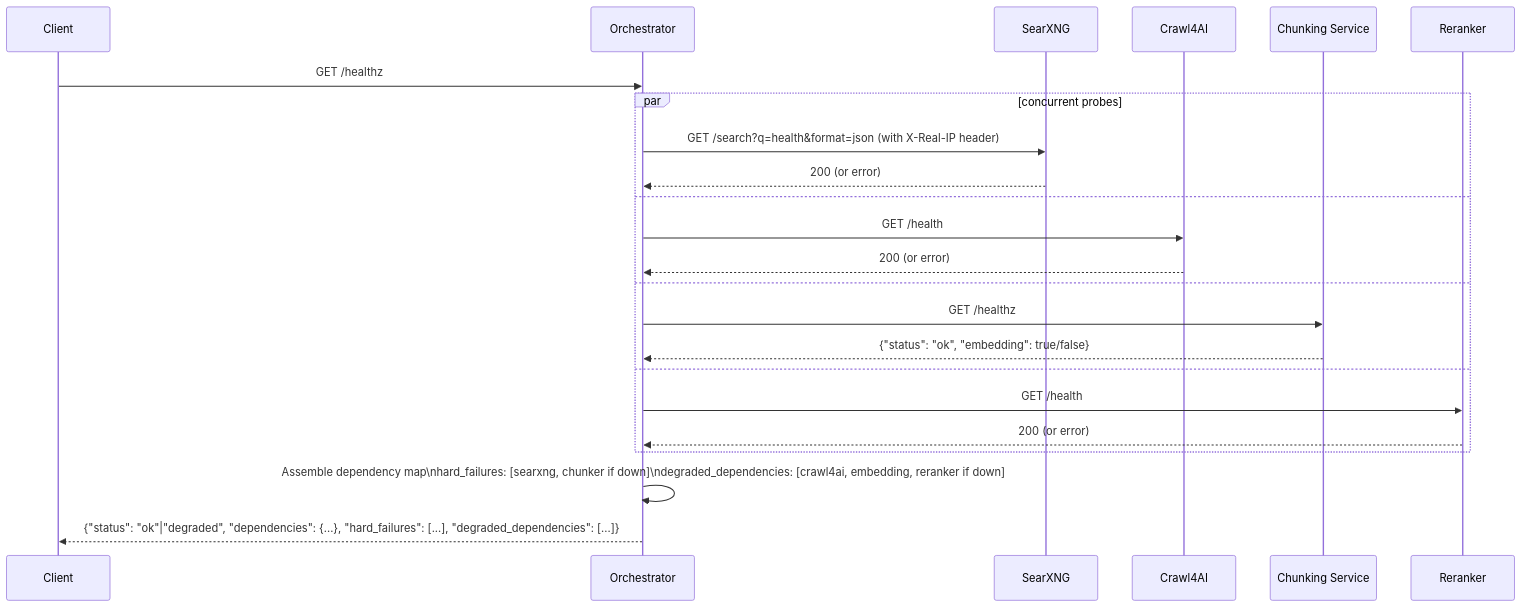
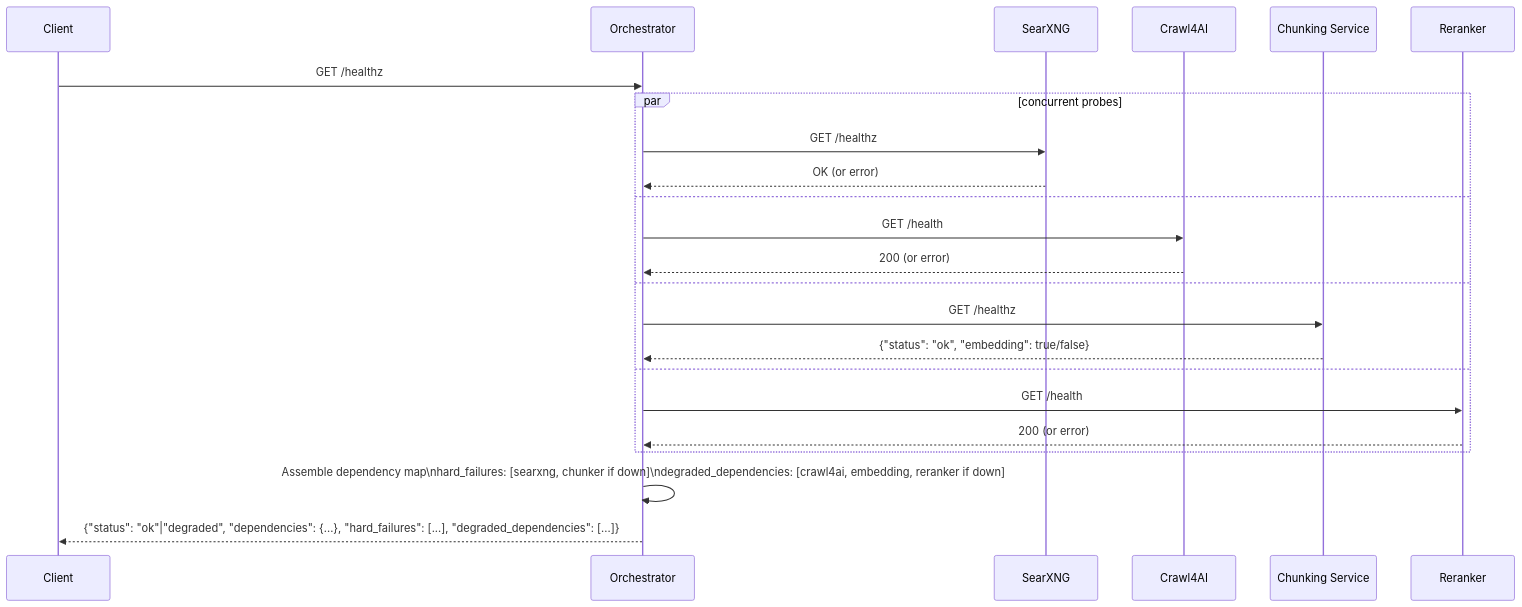
The fifth of 6 diagrams in docs/architecture/pipeline-workflow.md (FeanorsCodeSL/thorondor), drawn with Mermaid before and after one commit. The commit also changed other lines of this file and 6 other files, not shown here.

````diff
--- a/docs/architecture/pipeline-workflow.md
+++ b/docs/architecture/pipeline-workflow.md
@@ -157,29 +164,29 @@
 ```mermaid
 sequenceDiagram
     participant Client
     participant Orchestrator
     participant SearXNG
     participant Crawl4AI
     participant Chunker as Chunking Service
     participant Reranker
 
     Client->>Orchestrator: GET /healthz
 
     par concurrent probes
-        Orchestrator->>SearXNG: GET /search?q=health&format=json (with X-Real-IP header)
-        SearXNG-->>Orchestrator: 200 (or error)
+        Orchestrator->>SearXNG: GET /healthz
+        SearXNG-->>Orchestrator: OK (or error)
     and
         Orchestrator->>Crawl4AI: GET /health
         Crawl4AI-->>Orchestrator: 200 (or error)
     and
         Orchestrator->>Chunker: GET /healthz
         Chunker-->>Orchestrator: {"status": "ok", "embedding": true/false}
     and
         Orchestrator->>Reranker: GET /health
         Reranker-->>Orchestrator: 200 (or error)
     end
 
     Orchestrator->>Orchestrator: Assemble dependency map\nhard_failures: [searxng, chunker if down]\ndegraded_dependencies: [crawl4ai, embedding, reranker if down]
 
     Orchestrator-->>Client: {"status": "ok"|"degraded", "dependencies": {...}, "hard_failures": [...], "degraded_dependencies": [...]}
 ```
````
